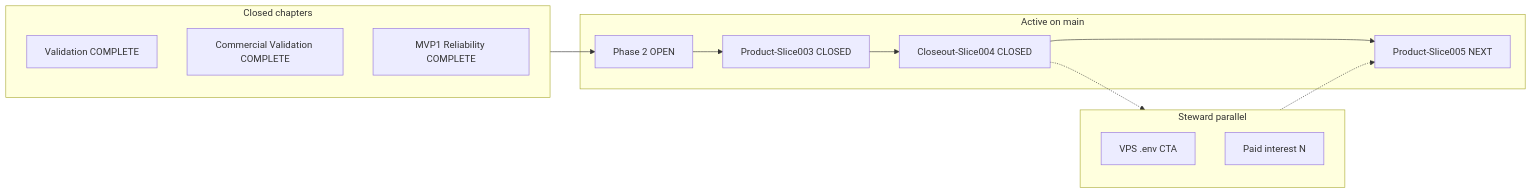
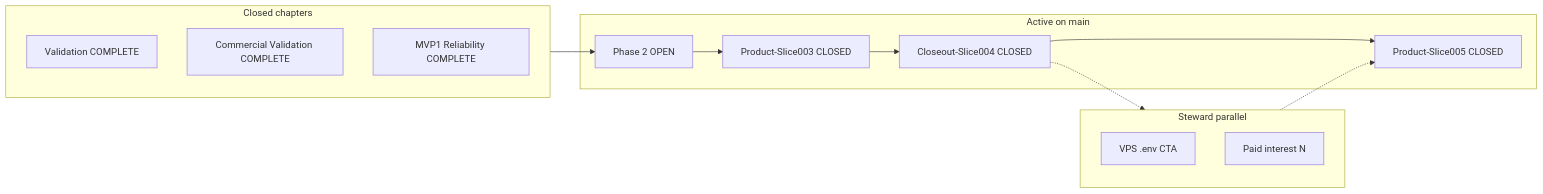
Before and after one commit to DanielTabakman/Probability-prediction-engine: the diagram in docs/SOP/PPE_INTEGRATED_STATUS.md, drawn with Mermaid. The commit also changed other lines of this file and 7 other files, not shown here.

````diff
--- a/docs/SOP/PPE_INTEGRATED_STATUS.md
+++ b/docs/SOP/PPE_INTEGRATED_STATUS.md
@@ -12,22 +12,22 @@
 ```mermaid
 flowchart LR
   subgraph closed [Closed chapters]
     V[Validation COMPLETE]
     C[Commercial Validation COMPLETE]
     R[MVP1 Reliability COMPLETE]
   end
   subgraph active [Active on main]
     P2[Phase 2 OPEN]
     S003[Product-Slice003 CLOSED]
     S004[Closeout-Slice004 CLOSED]
-    S005[Product-Slice005 NEXT]
+    S005[Product-Slice005 CLOSED]
   end
   subgraph steward [Steward parallel]
     ENV[VPS .env CTA]
     PI[Paid interest N]
   end
   closed --> P2
   P2 --> S003 --> S004 --> S005
   S004 -.-> steward
   steward -.-> S005
 ```
````
